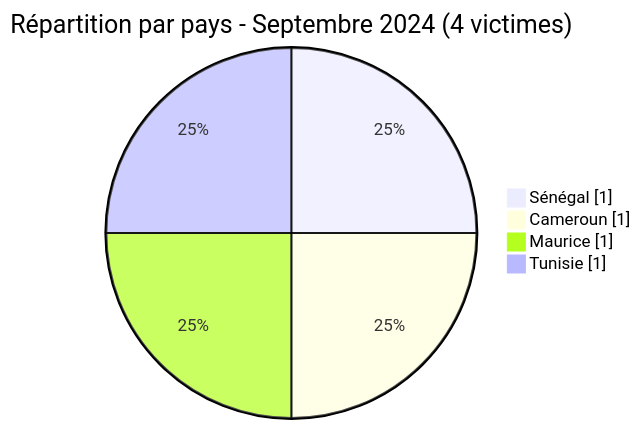
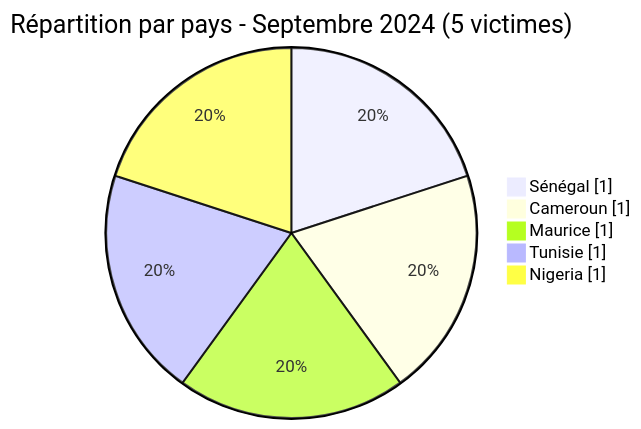
Before and after one commit to Hatchepsoute/AFRINTEL: the second of 4 diagrams in CyberAttackAfrica/2024/09-september/README_FR.md, drawn with Mermaid. The commit also changed other lines of this file and 255 other files, not shown here.

````diff
--- a/CyberAttackAfrica/2024/09-september/README_FR.md
+++ b/CyberAttackAfrica/2024/09-september/README_FR.md
@@ -57,8 +60,9 @@
 ```mermaid
 pie showData
-    title Répartition par pays - Septembre 2024 (4 victimes)
+    title Répartition par pays - Septembre 2024 (5 victimes)
     "Sénégal" : 1
     "Cameroun" : 1
     "Maurice" : 1
     "Tunisie" : 1
+    "Nigeria" : 1
 ```
````
